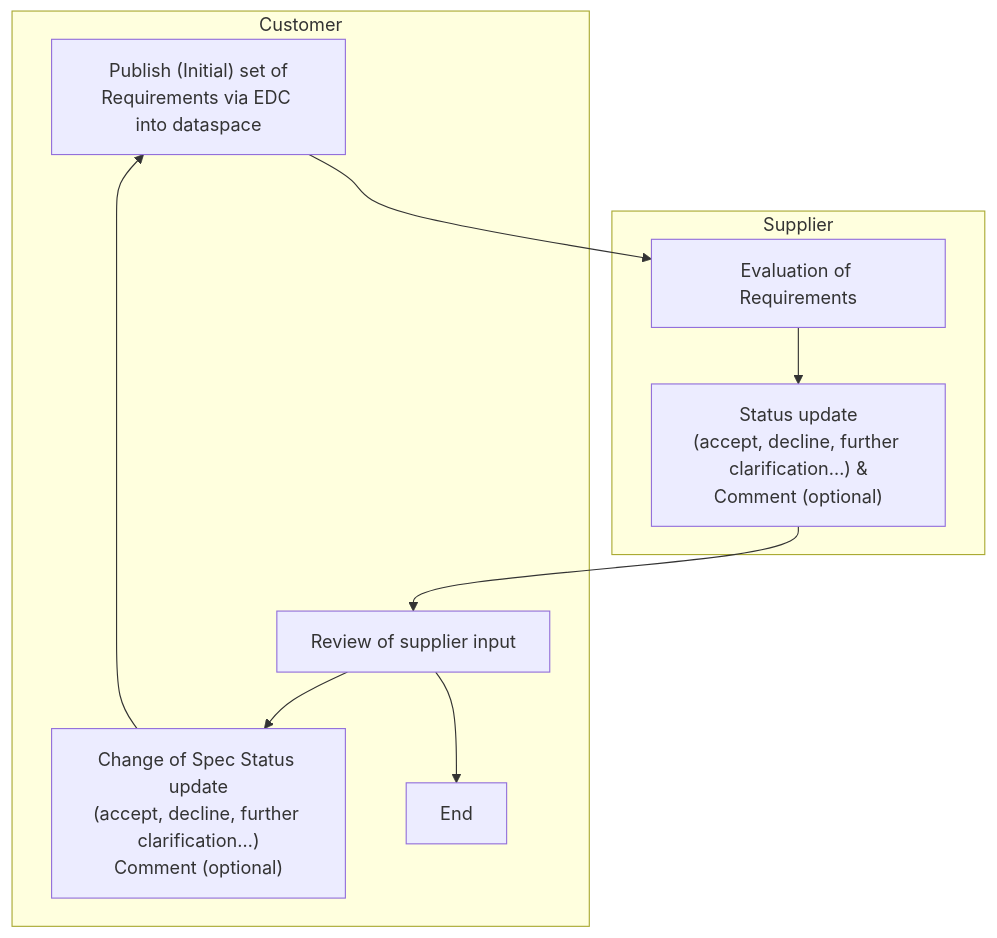
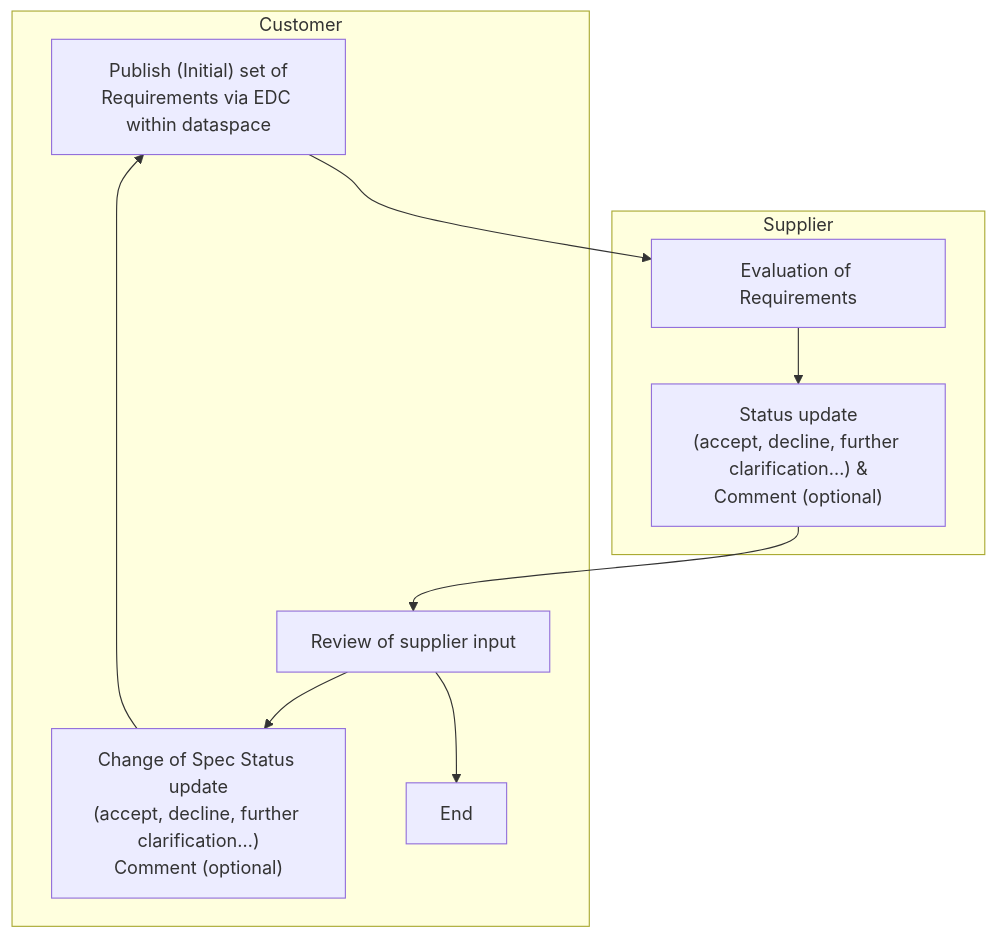
The diagram in docs-kits/kits/requirements-kit/adoption-view.md (eclipse-tractusx/eclipse-tractusx.github.io), drawn with Mermaid before and after one commit.

Commit message:
Patch wording

````diff
--- a/docs-kits/kits/requirements-kit/adoption-view.md
+++ b/docs-kits/kits/requirements-kit/adoption-view.md
@@ -91,22 +91,22 @@
 ```mermaid
 flowchart TD
     subgraph Customer
-        A["Publish (Initial) set of<br />Requirements via EDC into dataspace"]
+        A["Publish (Initial) set of<br />Requirements via EDC within dataspace"]
         F["Change of Spec Status update<br />(accept, decline, further clarification…)<br/>Comment (optional)"]
         E[Review of supplier input]
         G[End]
     end
 
     subgraph Supplier
         B[Evaluation of Requirements]
         C["Status update<br />(accept, decline, further clarification…) &<br/>Comment (optional)"]
     end
 
     A --> B
     B --> C
     C --> E
     E --> F
     F --> A
     E --> G
 
 ```
````
